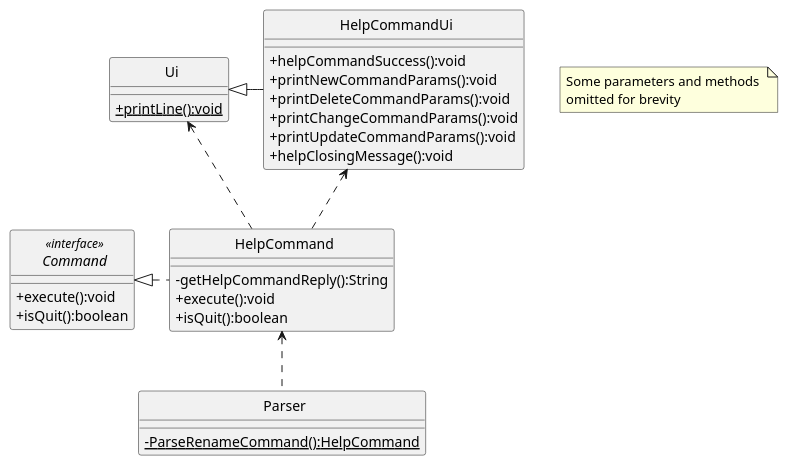
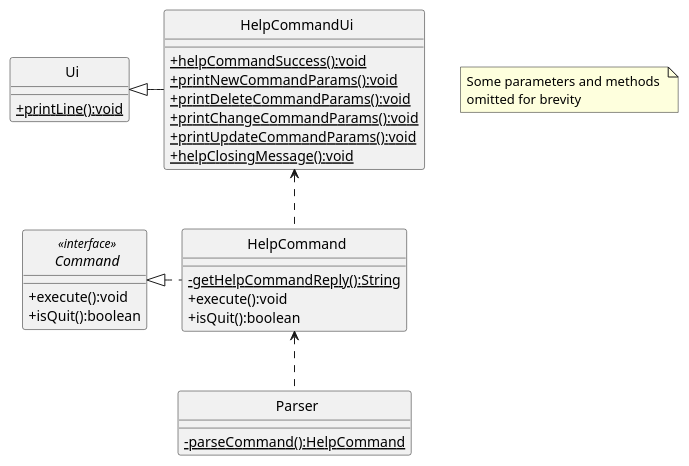
Before and after one commit to rismm/tp: the first of 2 diagrams in docs/uml-diagrams/HelpCommand.puml, drawn with PlantUML. The commit also changed other lines of this file and 11 other files, not shown here.

```diff
--- a/docs/uml-diagrams/HelpCommand.puml
+++ b/docs/uml-diagrams/HelpCommand.puml
@@ -1,48 +1,48 @@
 @startuml
 'https://plantuml.com/class-diagram
 skinparam classAttributeIconSize 0
 skinparam CircledCharacterFontSize 0
 skinparam CircledCharacterRadius 0
 
 interface Command
 class HelpCommandUi
 class HelpCommand
 class Parser
 class Ui
 
 Ui <|- HelpCommandUi
 HelpCommand <.. Parser
 Command <|. HelpCommand
-Ui <.. HelpCommand
 HelpCommandUi <.. HelpCommand
 
 interface Command <<interface>> {
     +execute():void
     +isQuit():boolean
 }
+
 class HelpCommand {
-    -getHelpCommandReply():String
+    {static}-getHelpCommandReply():String
     +execute():void
     +isQuit():boolean
 }
 
 class Ui {
     {static}+printLine():void
 }
 
 class HelpCommandUi {
-+helpCommandSuccess():void
-+printNewCommandParams():void
-+printDeleteCommandParams():void
-+printChangeCommandParams():void
-+printUpdateCommandParams():void
-+helpClosingMessage():void
+    {static}+helpCommandSuccess():void
+    {static}+printNewCommandParams():void
+    {static}+printDeleteCommandParams():void
+    {static}+printChangeCommandParams():void
+    {static}+printUpdateCommandParams():void
+    {static}+helpClosingMessage():void
 }
 
 class Parser {
-    {static}-ParseRenameCommand():HelpCommand
+    {static}-parseCommand():HelpCommand
 }
 
 note "Some parameters and methods \nomitted for brevity" as n1
 
 @enduml
```
